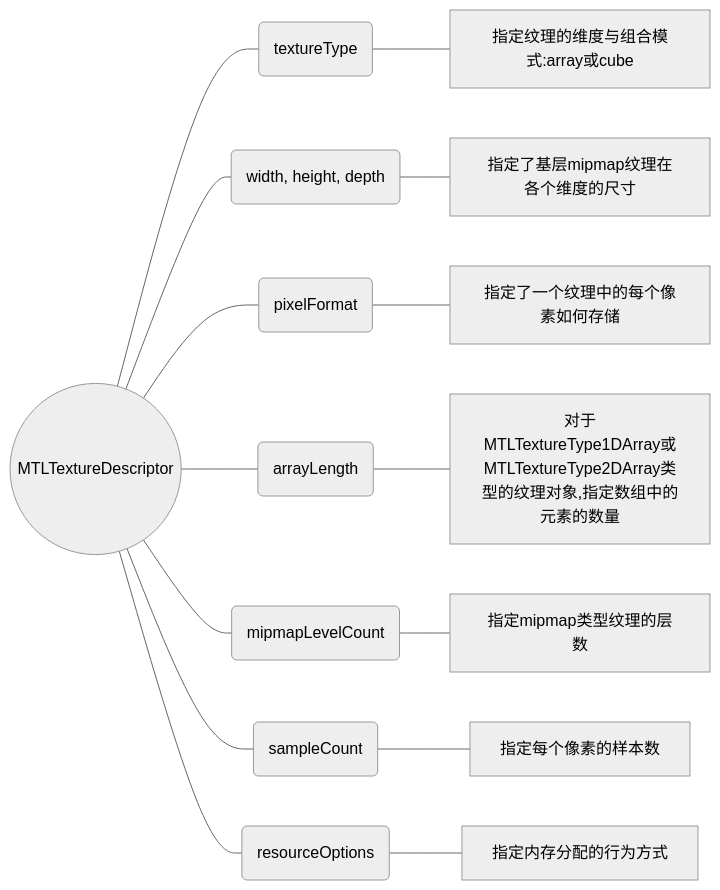
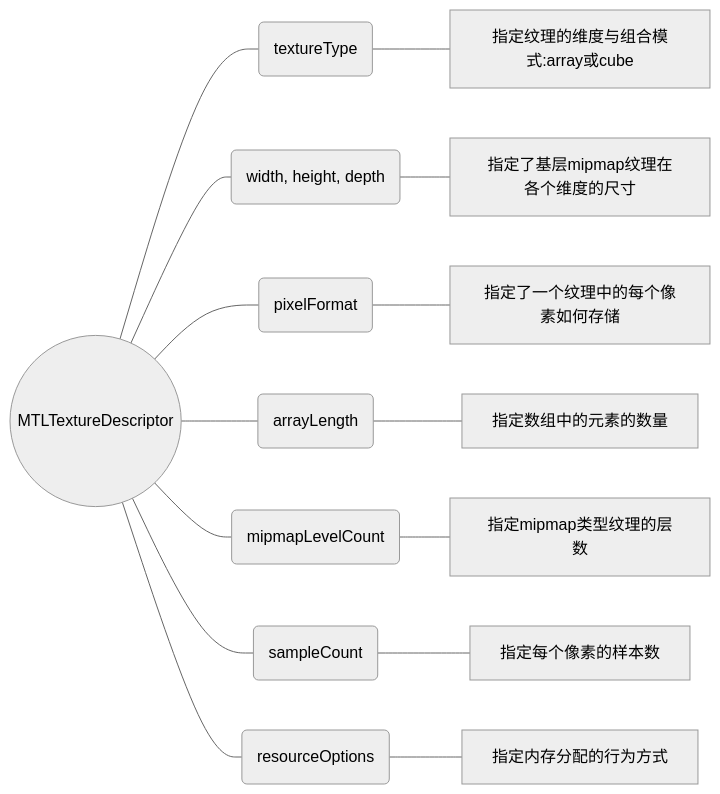
One commit to kissingfire123/kissingfire123.github.io changed the second of 3 diagrams in hugo-blog-server/content/post/3_MetalGuide-2-资源与对象.md. Above: the diagram before and after it, drawn with Mermaid (neutral theme). The commit also changed other lines of this file and 7 other files, not shown here.

````diff
--- a/hugo-blog-server/content/post/3_MetalGuide-2-资源与对象.md
+++ b/hugo-blog-server/content/post/3_MetalGuide-2-资源与对象.md
@@ -67,10 +69,10 @@
 ```mermaid
 	graph LR
 	MTLTextureDes((MTLTextureDescriptor))---type(textureType)---det0[指定纹理的维度与组合模式:array或cube]
 	MTLTextureDes---type1(width, height, depth)---det1[指定了基层mipmap纹理在各个维度的尺寸]
 	MTLTextureDes---size(pixelFormat)---det2[指定了一个纹理中的每个像素如何存储]
-	MTLTextureDes---type3(arrayLength)---det3[对于MTLTextureType1DArray或MTLTextureType2DArray类型的纹理对象,指定数组中的元素的数量]
+	MTLTextureDes---type3(arrayLength)---det3[指定数组中的元素的数量]
 	MTLTextureDes---type4(mipmapLevelCount)---det4[指定mipmap类型纹理的层数]
 	MTLTextureDes---type5(sampleCount)---det5[指定每个像素的样本数]
 	MTLTextureDes---type6(resourceOptions)---det6[指定内存分配的行为方式]
 ```
````
